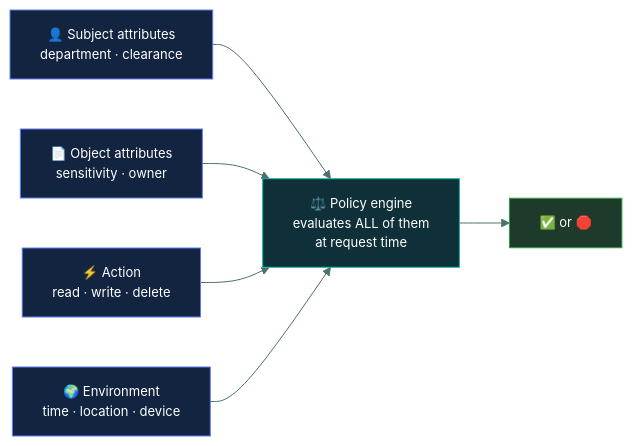
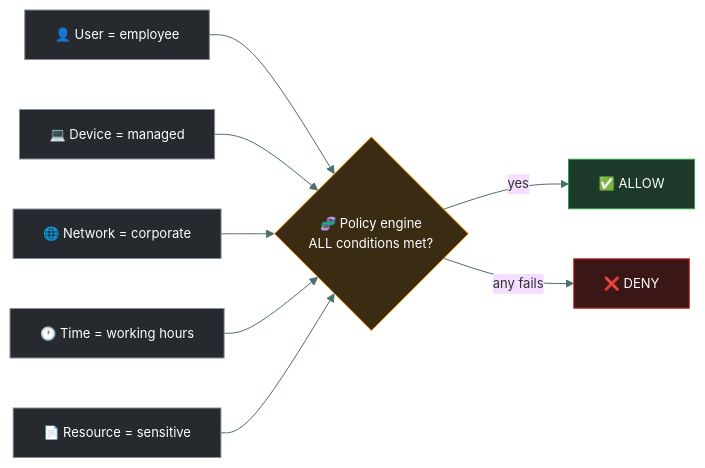
Before and after one commit to tarunTejaDesireddy/cc-exam-prep: the fourth of 5 diagrams in 03-access-control/dac-mac-rbac-abac/README.md, drawn with Mermaid. The commit also changed other lines of this file, not shown here.

Commit message:
Replace DAC/MAC/RBAC/ABAC with caveman-style version, diagrams and questions

````diff
--- a/03-access-control/dac-mac-rbac-abac/README.md
+++ b/03-access-control/dac-mac-rbac-abac/README.md
@@ -197,16 +303,20 @@
 ```mermaid
 %%{init: {'theme':'base','themeVariables':{'fontSize':'13px','lineColor':'#4d6f6e','textColor':'#dbe7e6'}}}%%
 flowchart LR
-    S["👤 Subject attributes<br/>department · clearance"] --> E["⚖️ Policy engine<br/>evaluates ALL of them<br/>at request time"]
-    O["📄 Object attributes<br/>sensitivity · owner"] --> E
-    A["⚡ Action<br/>read · write · delete"] --> E
-    V["🌍 Environment<br/>time · location · device"] --> E
-    E --> R["✅ or 🛑"]
+    U["👤 User = employee"] --> E{"🧬 Policy engine<br/>ALL conditions met?"}
+    D["💻 Device = managed"] --> E
+    N["🌐 Network = corporate"] --> E
+    T["🕐 Time = working hours"] --> E
+    R["📄 Resource = sensitive"] --> E
+    E -->|"yes"| Y["✅ ALLOW"]
+    E -->|"any fails"| X["❌ DENY"]
 
-    style S fill:#12243f,stroke:#5C7CFA,color:#fff
-    style O fill:#12243f,stroke:#5C7CFA,color:#fff
-    style A fill:#12243f,stroke:#5C7CFA,color:#fff
-    style V fill:#12243f,stroke:#5C7CFA,color:#fff
-    style E fill:#0f3038,stroke:#12B5A5,color:#fff
-    style R fill:#1d3a2a,stroke:#2F9E44,color:#fff
+    style U fill:#26292e,stroke:#868E96,color:#fff
+    style D fill:#26292e,stroke:#868E96,color:#fff
+    style N fill:#26292e,stroke:#868E96,color:#fff
+    style T fill:#26292e,stroke:#868E96,color:#fff
+    style R fill:#26292e,stroke:#868E96,color:#fff
+    style E fill:#3a2c12,stroke:#F08C00,color:#fff
+    style Y fill:#1d3a2a,stroke:#2F9E44,color:#fff
+    style X fill:#3a1616,stroke:#E03131,color:#fff
 ```
````
